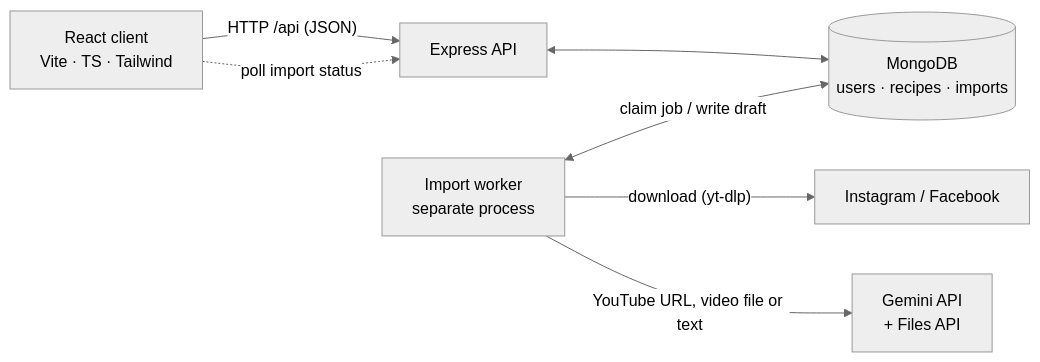
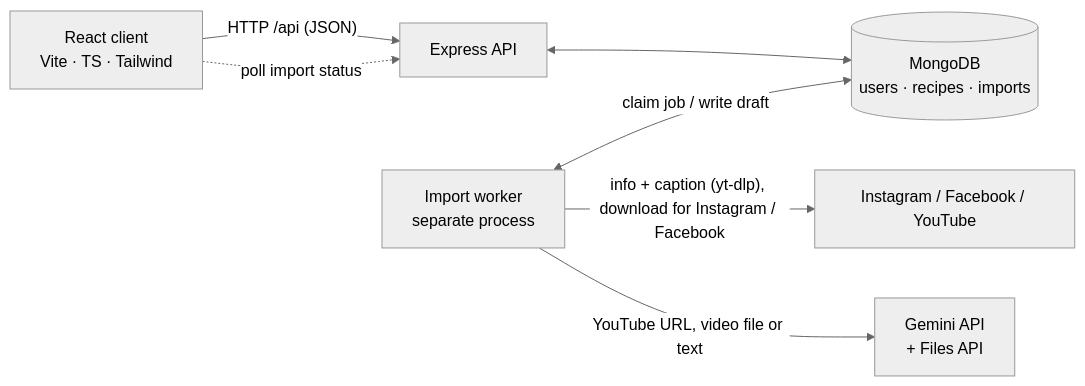
Before and after one commit to jovstern/pinch: the first of 2 diagrams in docs/system-design.md, drawn with Mermaid (neutral theme). The commit also changed other lines of this file and 2 other files, not shown here.

````diff
--- a/docs/system-design.md
+++ b/docs/system-design.md
@@ -68,9 +68,9 @@
 ```mermaid
 flowchart LR
   C[React client<br/>Vite · TS · Tailwind] -- "HTTP /api (JSON)" --> A[Express API]
   C -. "poll import status" .-> A
   A <--> M[(MongoDB<br/>users · recipes · imports)]
   W[Import worker<br/>separate process] <-- "claim job / write draft" --> M
-  W -- "download (yt-dlp)" --> S[Instagram / Facebook]
+  W -- "info + caption (yt-dlp), download for Instagram / Facebook" --> S[Instagram / Facebook / YouTube]
   W -- "YouTube URL, video file or text" --> G[Gemini API<br/>+ Files API]
 ```
````
